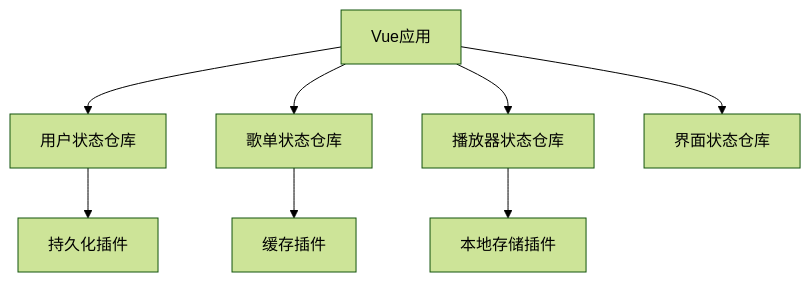
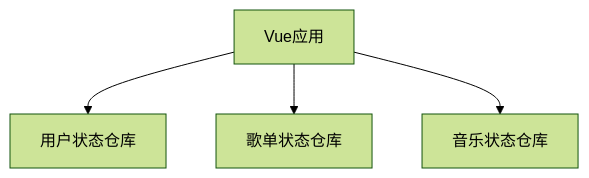
Before and after one commit to SOV710/RhythmFusion: the diagram in docs/frontend/state.md, drawn with Mermaid (forest theme). The commit also changed other lines of this file and 17 other files, not shown here.

````diff
--- a/docs/frontend/state.md
+++ b/docs/frontend/state.md
@@ -9,11 +9,6 @@
 ```mermaid
 graph TD
     App[Vue应用] --> UserStore[用户状态仓库]
     App --> PlaylistStore[歌单状态仓库]
-    App --> PlayerStore[播放器状态仓库]
-    App --> UIStore[界面状态仓库]
-    
-    UserStore --> AuthPlugin[持久化插件]
-    PlaylistStore --> CachePlugin[缓存插件]
-    PlayerStore --> LocalStoragePlugin[本地存储插件]
+    App --> MusicStore[音乐状态仓库]
 ```
````
